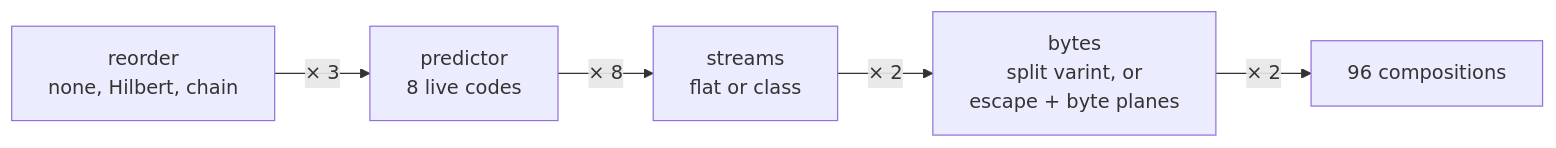
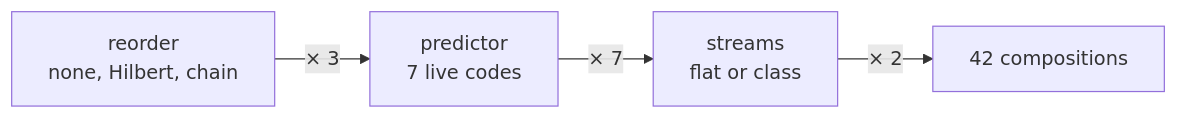
Before and after one commit to Turtelll/Thesis: the first of 2 diagrams in docs/pipeline/01-composition.md, drawn with Mermaid. The commit also changed other lines of this file and 20 other files, not shown here.

````diff
--- a/docs/pipeline/01-composition.md
+++ b/docs/pipeline/01-composition.md
@@ -65,7 +60,6 @@
 ```mermaid
 flowchart LR
-    r["reorder<br/>none, Hilbert, chain"] -->|"× 3"| p["predictor<br/>8 live codes"]
-    p -->|"× 8"| s["streams<br/>flat or class"]
-    s -->|"× 2"| b["bytes<br/>split varint, or<br/>escape + byte planes"]
-    b -->|"× 2"| n["96 compositions"]
+    r["reorder<br/>none, Hilbert, chain"] -->|"× 3"| p["predictor<br/>7 live codes"]
+    p -->|"× 7"| s["streams<br/>flat or class"]
+    s -->|"× 2"| n["42 compositions"]
 ```
````
